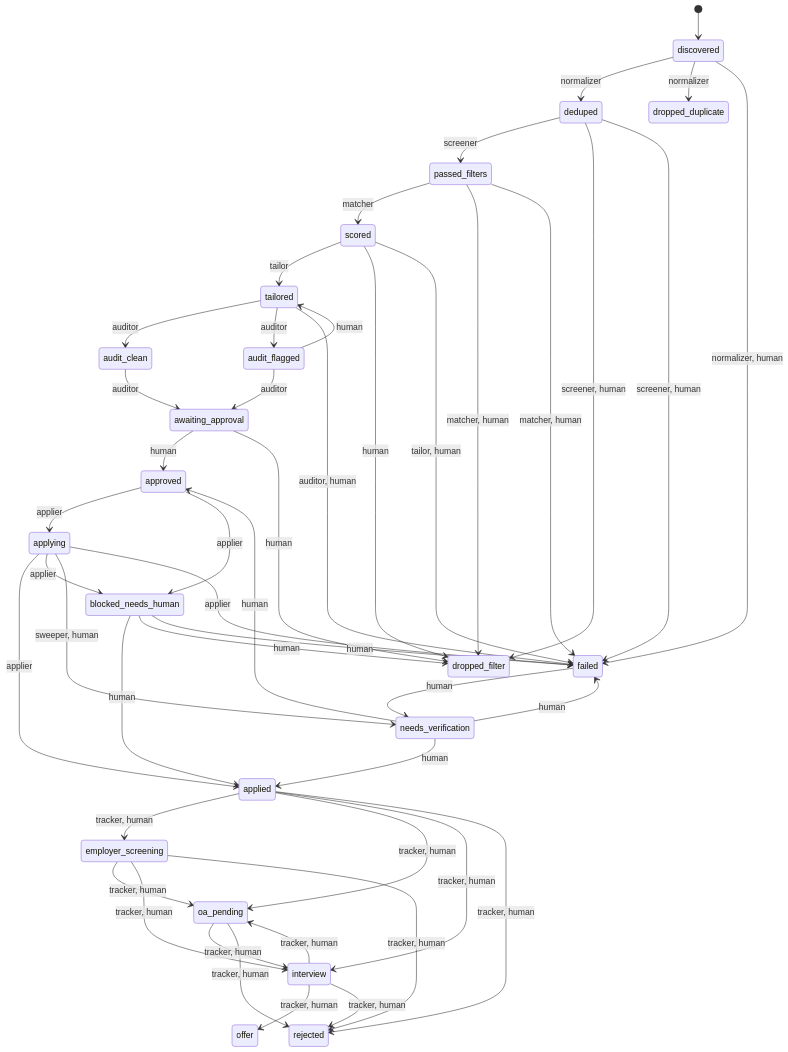
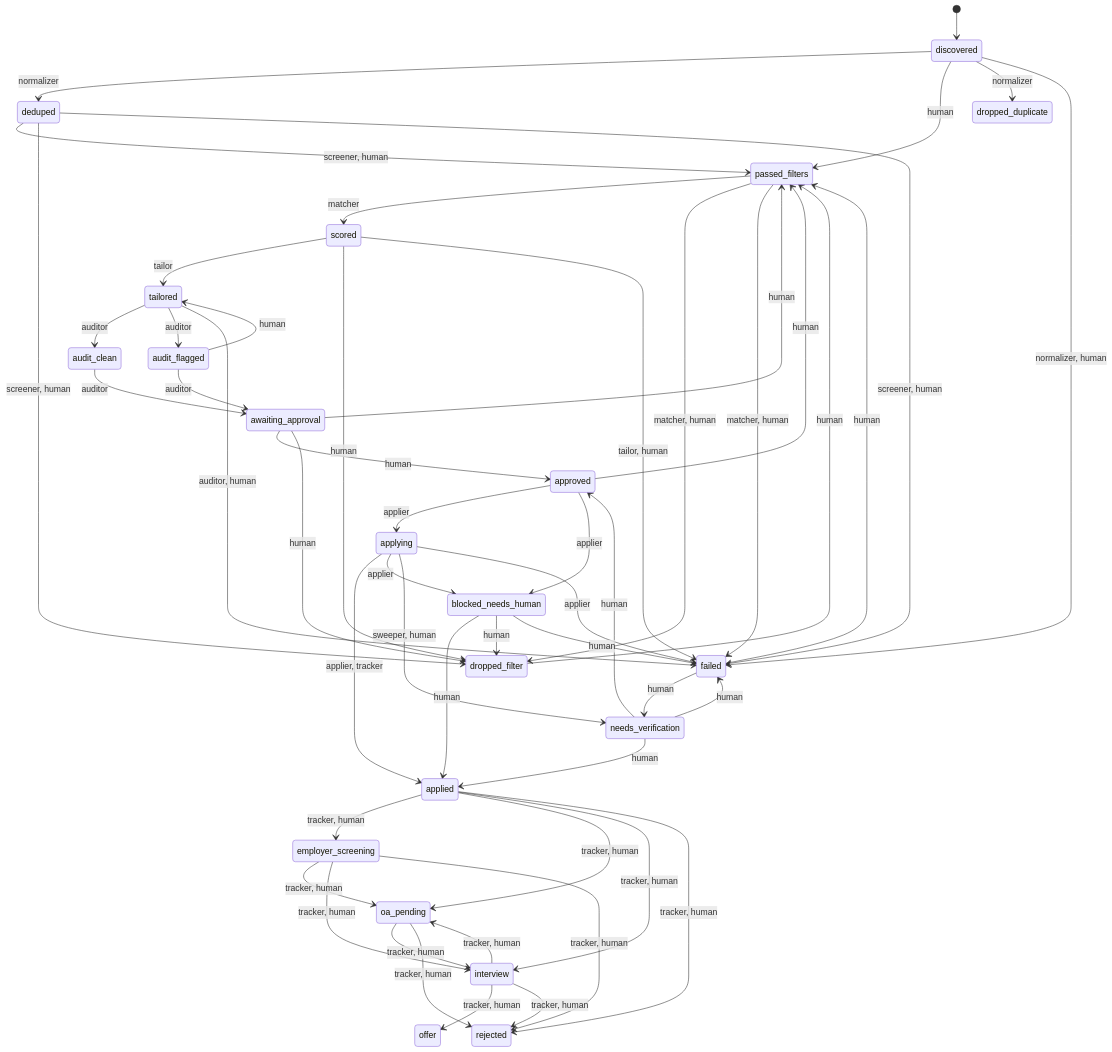
Before and after one commit to MallamTeja/applyyy: the second of 3 diagrams in docs/SYSTEM_ARCHITECTURE.md, drawn with Mermaid. The commit also changed other lines of this file and 12 other files, not shown here.

First line of the commit message:
docs(stack): tech-stack inventory snapshot 2026-11-05; architecture docs reconciled to live state

````diff
--- a/docs/SYSTEM_ARCHITECTURE.md
+++ b/docs/SYSTEM_ARCHITECTURE.md
@@ -102,49 +136,54 @@
 ```mermaid
 stateDiagram-v2
   [*] --> discovered
   discovered --> deduped: normalizer
+  discovered --> passed_filters: human
   discovered --> dropped_duplicate: normalizer
   discovered --> failed: normalizer, human
-  deduped --> passed_filters: screener
+  deduped --> passed_filters: screener, human
   deduped --> dropped_filter: screener, human
   deduped --> failed: screener, human
   passed_filters --> scored: matcher
   passed_filters --> dropped_filter: matcher, human
   passed_filters --> failed: matcher, human
   scored --> tailored: tailor
   scored --> dropped_filter: human
   scored --> failed: tailor, human
   tailored --> audit_clean: auditor
   tailored --> audit_flagged: auditor
   tailored --> failed: auditor, human
   audit_clean --> awaiting_approval: auditor
   audit_flagged --> awaiting_approval: auditor
   audit_flagged --> tailored: human
+  awaiting_approval --> passed_filters: human
   awaiting_approval --> approved: human
   awaiting_approval --> dropped_filter: human
+  approved --> passed_filters: human
   approved --> applying: applier
   approved --> blocked_needs_human: applier
-  applying --> applied: applier
+  applying --> applied: applier, tracker
   applying --> blocked_needs_human: applier
   applying --> needs_verification: sweeper, human
   applying --> failed: applier
   applied --> employer_screening: tracker, human
   applied --> oa_pending: tracker, human
   applied --> interview: tracker, human
   applied --> rejected: tracker, human
   employer_screening --> oa_pending: tracker, human
   employer_screening --> interview: tracker, human
   employer_screening --> rejected: tracker, human
   oa_pending --> interview: tracker, human
   oa_pending --> rejected: tracker, human
   interview --> oa_pending: tracker, human
   interview --> offer: tracker, human
   interview --> rejected: tracker, human
+  dropped_filter --> passed_filters: human
   blocked_needs_human --> applied: human
   blocked_needs_human --> dropped_filter: human
   blocked_needs_human --> failed: human
   needs_verification --> approved: human
   needs_verification --> applied: human
   needs_verification --> failed: human
+  failed --> passed_filters: human
   failed --> needs_verification: human
 ```
````
